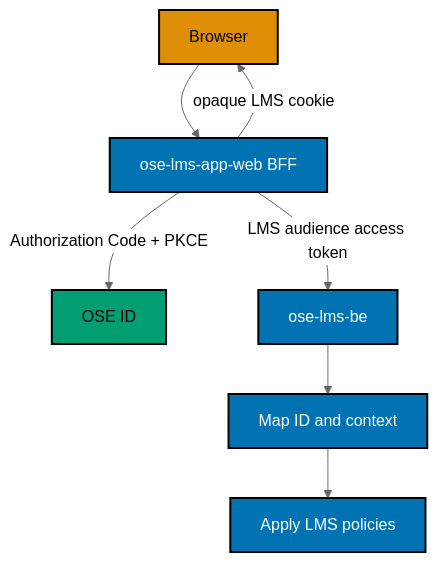
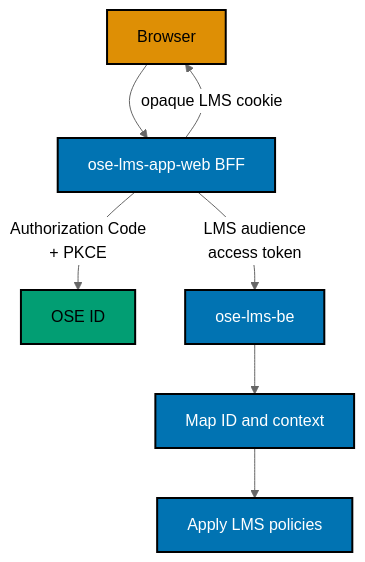
Before and after one commit to wahidyankf/ose-public: the first of 2 diagrams in plans/backlog/lms-user/tech-docs/001-architecture-bdd-and-file-impact.md, drawn with Mermaid (neutral theme). The commit also changed other lines of this file and 220 other files, not shown here.

First line of the commit message:
docs: split mermaid labels to 20 graphemes and add palette defaults

````diff
--- a/plans/backlog/lms-user/tech-docs/001-architecture-bdd-and-file-impact.md
+++ b/plans/backlog/lms-user/tech-docs/001-architecture-bdd-and-file-impact.md
@@ -15,18 +15,19 @@
 ```mermaid
 flowchart TD
   accTitle: LMS OIDC client and resource architecture
   accDescr: The browser uses an LMS backend for frontend, which redirects to OSE ID. The LMS backend calls the LMS API with an audience-bound token. The API maps issuer, subject, and a personal or company context before applying local roles.
   U["Browser"] --> W["ose-lms-app-web BFF"]
-  W -->|"Authorization Code + PKCE"| I["OSE ID"]
+  W -->|"Authorization Code<br/>+ PKCE"| I["OSE ID"]
   W -->|"opaque LMS cookie"| U
-  W -->|"LMS audience access token"| A["ose-lms-be"]
+  W -->|"LMS audience<br/>access token"| A["ose-lms-be"]
   A --> P["Map ID and context"]
   P --> R["Apply LMS policies"]
 
   classDef person fill:#DE8F05,stroke:#000000,color:#000000,stroke-width:2px
   classDef app fill:#0173B2,stroke:#000000,color:#FFFFFF,stroke-width:2px
   classDef identity fill:#029E73,stroke:#000000,color:#000000,stroke-width:2px
   class U person
   class W,A,P,R app
   class I identity
+  classDef default fill:#FFFFFF,stroke:#000000,color:#000000
 ```
````
